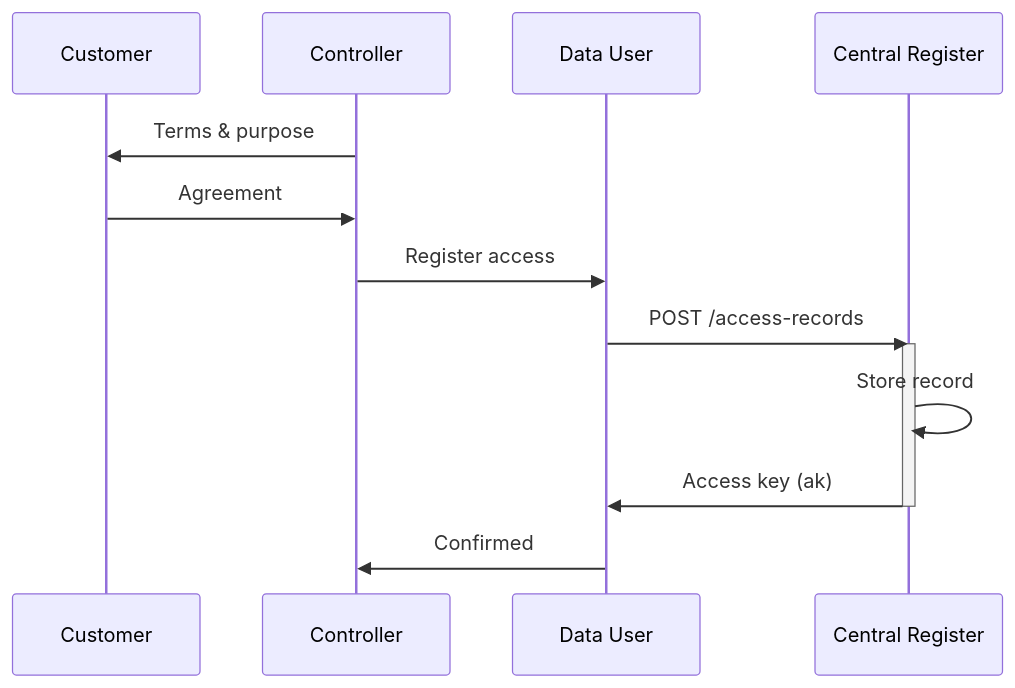
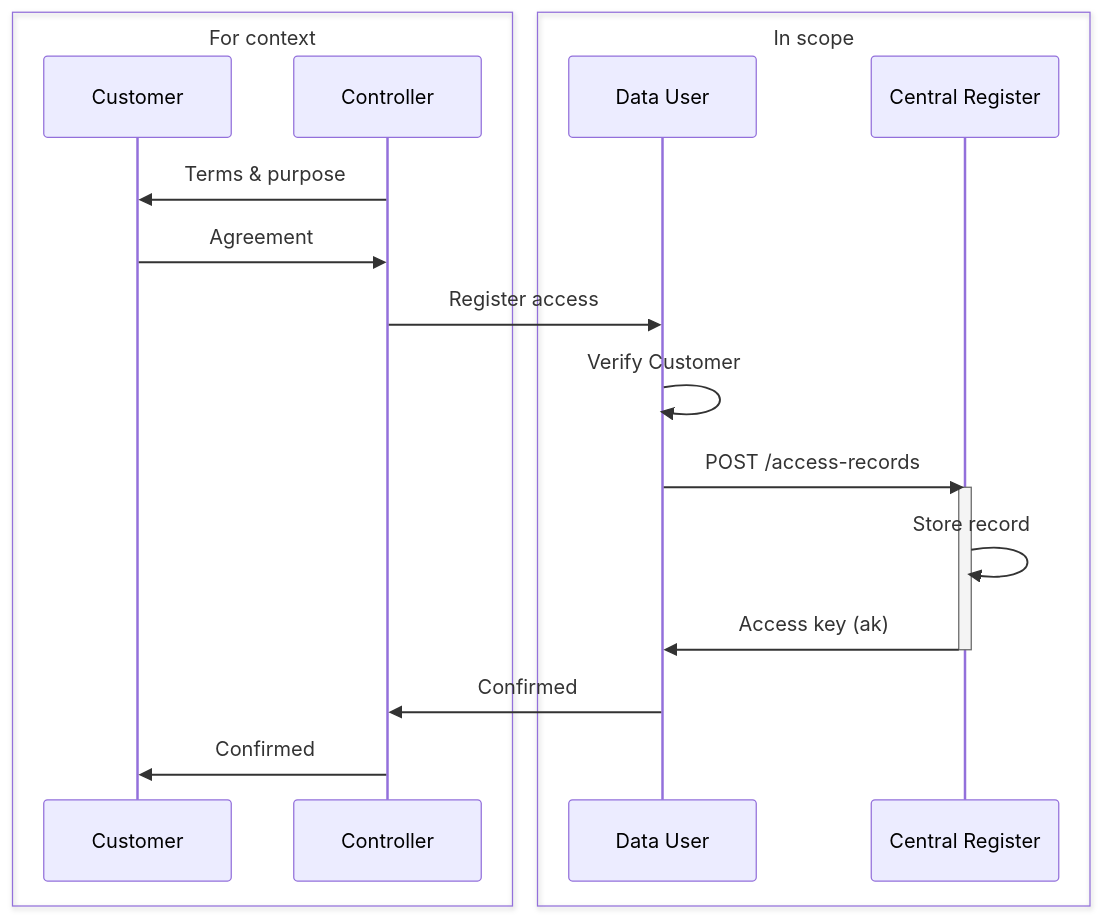
The first of 4 diagrams in docs/index.mdx (AuthEnergy/DAR), drawn with Mermaid before and after one commit. The commit also changed other lines of this file, not shown here.

First line of the commit message:
Update DAR docs: clarify flows & webhooks

````diff
--- a/docs/index.mdx
+++ b/docs/index.mdx
@@ -26,17 +26,23 @@
 ```mermaid
 sequenceDiagram
-    participant Customer
-    participant Controller
-    participant Data User
-    participant Central Register
- 
+    box For context
+        participant Customer
+        participant Controller
+    end
+    box In scope
+        participant DU as Data User
+        participant CR as Central Register
+    end
+
     Controller->>Customer: Terms & purpose
     Customer->>Controller: Agreement
-    Controller->>Data User: Register access
-    Data User->>Central Register: POST /access-records
-    activate Central Register
-    Central Register->>Central Register: Store record
-    Central Register->>Data User: Access key (ak)
-    deactivate Central Register
-    Data User->>Controller: Confirmed
+    Controller->>DU: Register access
+    DU->>DU: Verify Customer
+    DU->>CR: POST /access-records
+    activate CR
+    CR->>CR: Store record
+    CR->>DU: Access key (ak)
+    deactivate CR
+    DU->>Controller: Confirmed
+    Controller->>Customer: Confirmed
 ```
````
